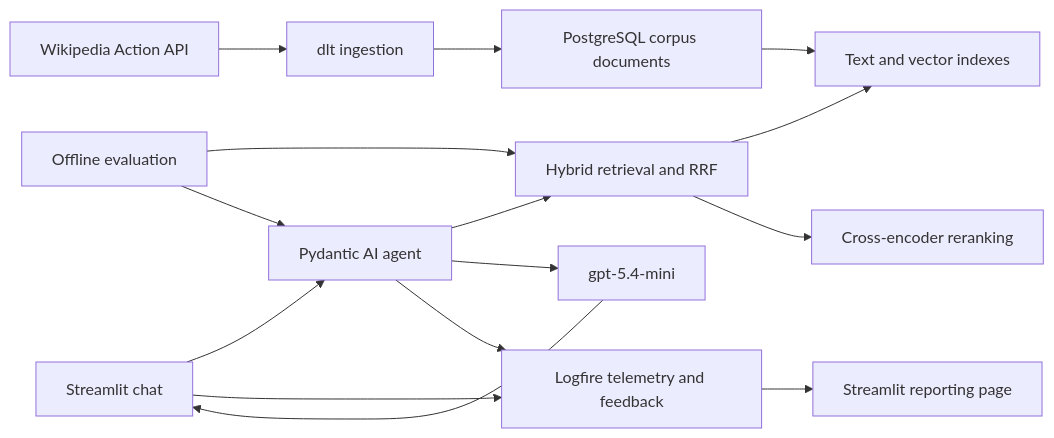
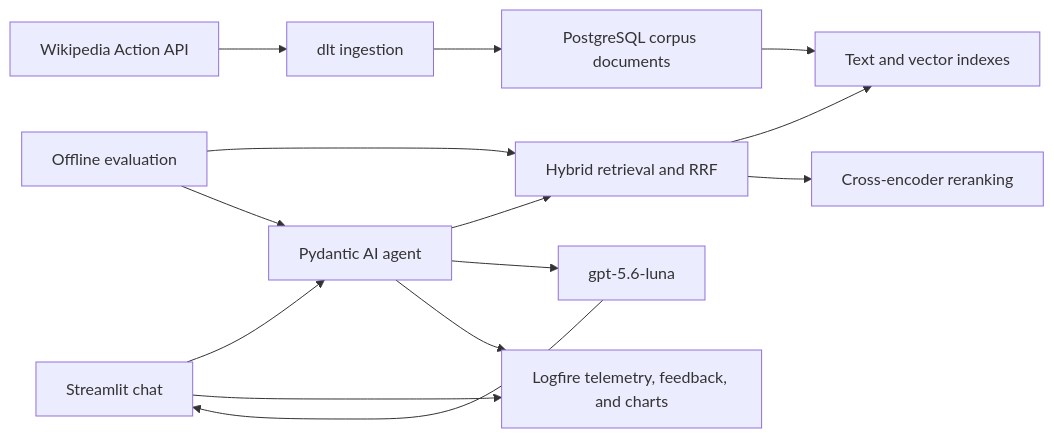
One commit to joan-pareja/supernatural-expert changed the diagram in ARCHITECTURE.md. Above: the diagram before and after it, drawn with Mermaid. The commit also changed other lines of this file and 26 other files, not shown here.

````diff
--- a/ARCHITECTURE.md
+++ b/ARCHITECTURE.md
@@ -23,19 +23,18 @@
 ```mermaid
 flowchart LR
     wiki["Wikipedia Action API"] --> dlt["dlt ingestion"]
     dlt --> docs["PostgreSQL corpus documents"]
     docs --> index["Text and vector indexes"]
 
     user["Streamlit chat"] --> agent["Pydantic AI agent"]
     agent --> search["Hybrid retrieval and RRF"]
     search --> index
     search --> rerank["Cross-encoder reranking"]
-    agent --> llm["gpt-5.4-mini"]
+    agent --> llm["gpt-5.6-luna"]
     llm --> user
 
     eval["Offline evaluation"] --> search
     eval --> agent
-    user --> logfire["Logfire telemetry and feedback"]
+    user --> logfire["Logfire telemetry, feedback, and charts"]
     agent --> logfire
-    logfire --> report["Streamlit reporting page"]
 ```
````
